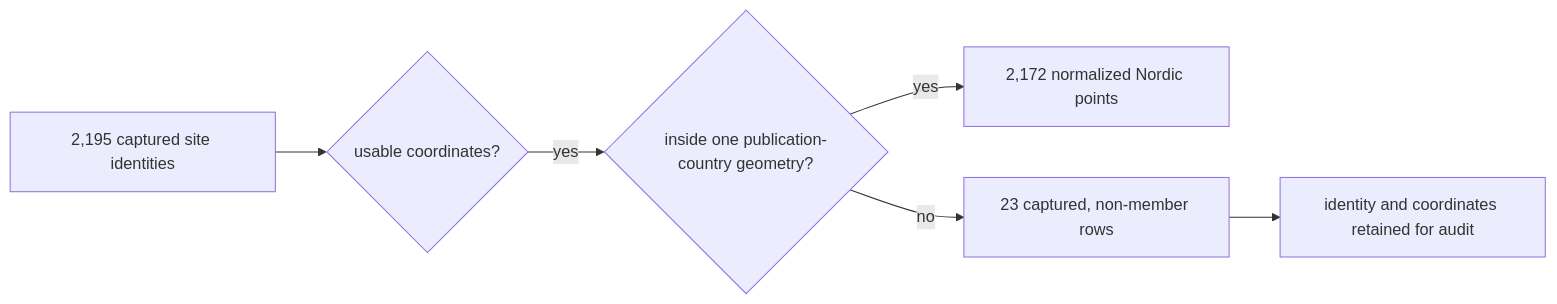
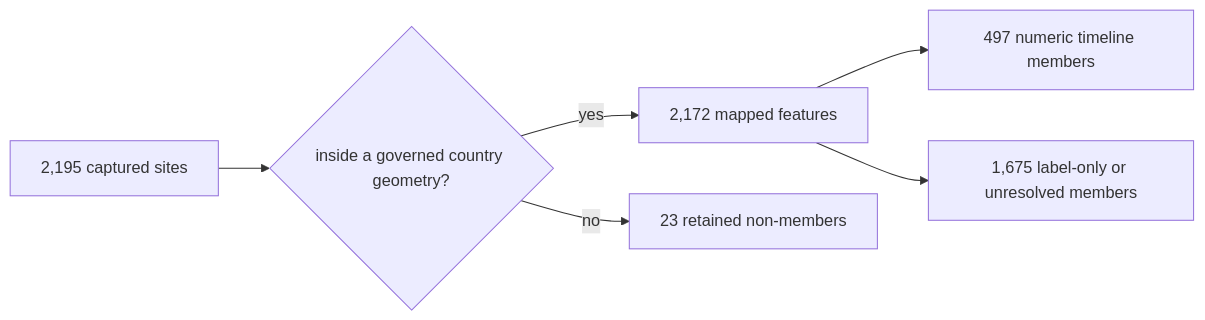
The third of 3 diagrams in docs/public/pollenomics-data/sources/sead.md (bijux/bijux-pollenomics), drawn with Mermaid before and after one commit. The commit also changed other lines of this file and 9 other files, not shown here.

````diff
--- a/docs/public/pollenomics-data/sources/sead.md
+++ b/docs/public/pollenomics-data/sources/sead.md
@@ -143,8 +156,8 @@
 ```mermaid
 flowchart LR
-    Capture["2,195 captured site identities"] --> Coordinates{"usable coordinates?"}
-    Coordinates -->|yes| Country{"inside one publication-country geometry?"}
-    Country -->|yes| Normalized["2,172 normalized Nordic points"]
-    Country -->|no| Outside["23 captured, non-member rows"]
-    Outside --> Audit["identity and coordinates retained for audit"]
+    Capture["2,195 captured sites"] --> Coordinate{"inside a governed country geometry?"}
+    Coordinate -->|yes| Map["2,172 mapped features"]
+    Coordinate -->|no| Retained["23 retained non-members"]
+    Map --> Timed["497 numeric timeline members"]
+    Map --> Context["1,675 label-only or unresolved members"]
 ```
````
